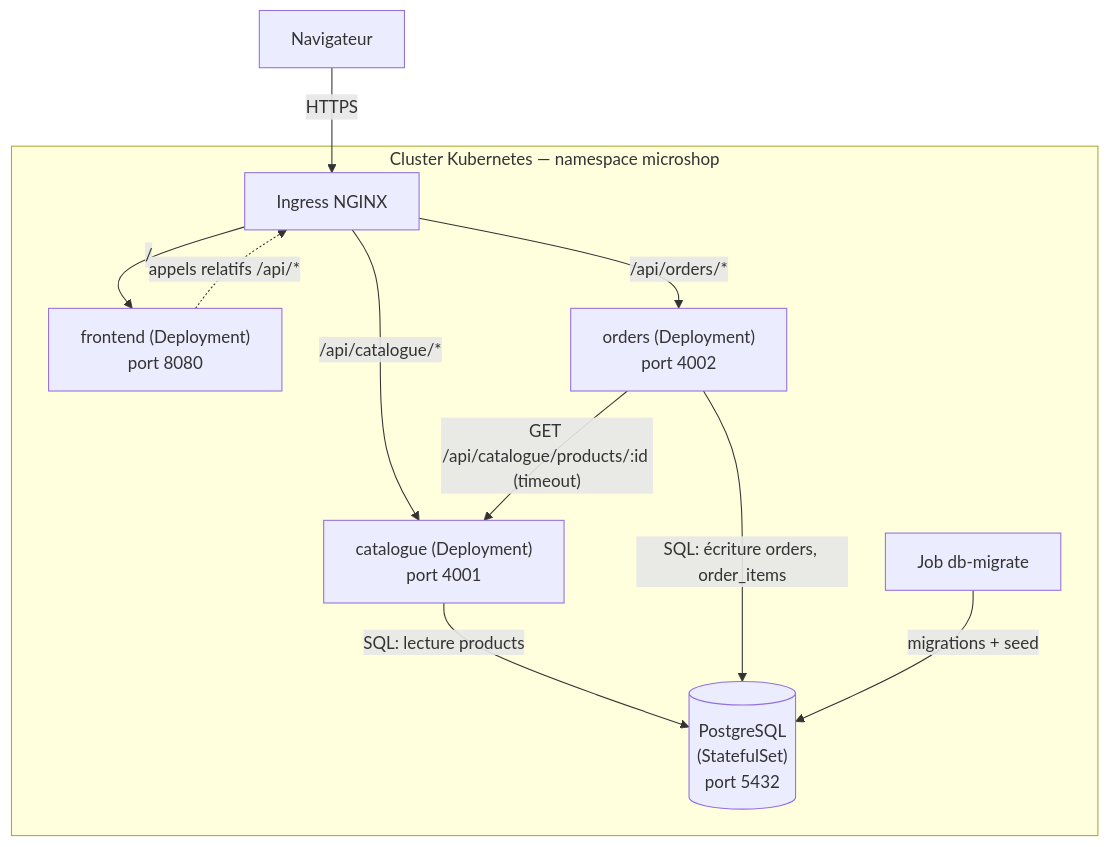
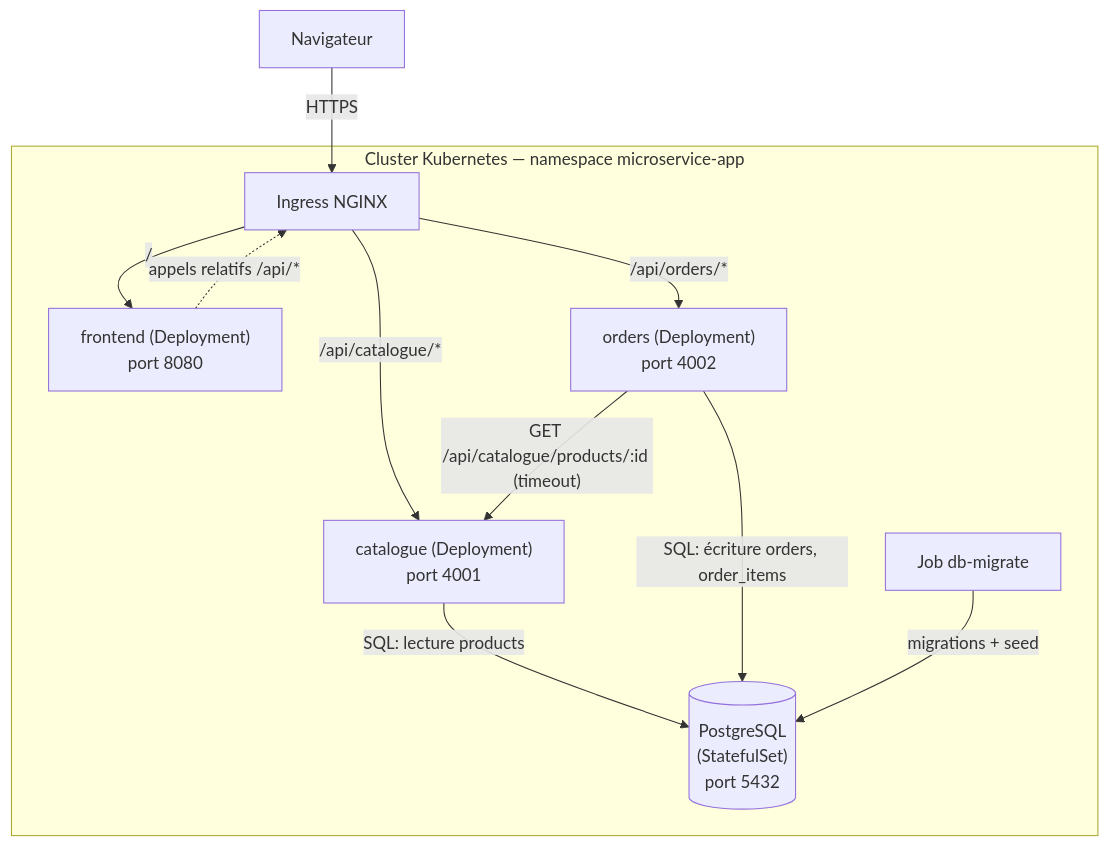
Before and after one commit to lahgolz/projet-final-clusteurisation: the diagram in docs/architecture.md, drawn with Mermaid. The commit also changed other lines of this file and 63 other files, not shown here.

````diff
--- a/docs/architecture.md
+++ b/docs/architecture.md
@@ -23,24 +23,24 @@
 ```mermaid
 flowchart TD
     Browser["Navigateur"]
 
-    subgraph Cluster["Cluster Kubernetes — namespace microshop"]
+    subgraph Cluster["Cluster Kubernetes — namespace microservice-app"]
         Ingress["Ingress NGINX"]
         FE["frontend (Deployment)\nport 8080"]
         CAT["catalogue (Deployment)\nport 4001"]
         ORD["orders (Deployment)\nport 4002"]
         PG[("PostgreSQL\n(StatefulSet)\nport 5432")]
         MIG["Job db-migrate"]
     end
 
     Browser -->|HTTPS| Ingress
     Ingress -->|"/"| FE
     Ingress -->|"/api/catalogue/*"| CAT
     Ingress -->|"/api/orders/*"| ORD
     FE -.->|appels relatifs /api/*| Ingress
 
     ORD -->|"GET /api/catalogue/products/:id (timeout)"| CAT
     CAT -->|SQL: lecture products| PG
     ORD -->|SQL: écriture orders, order_items| PG
     MIG -->|migrations + seed| PG
 ```
````
